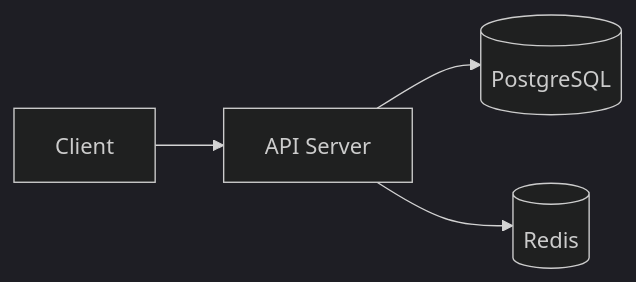
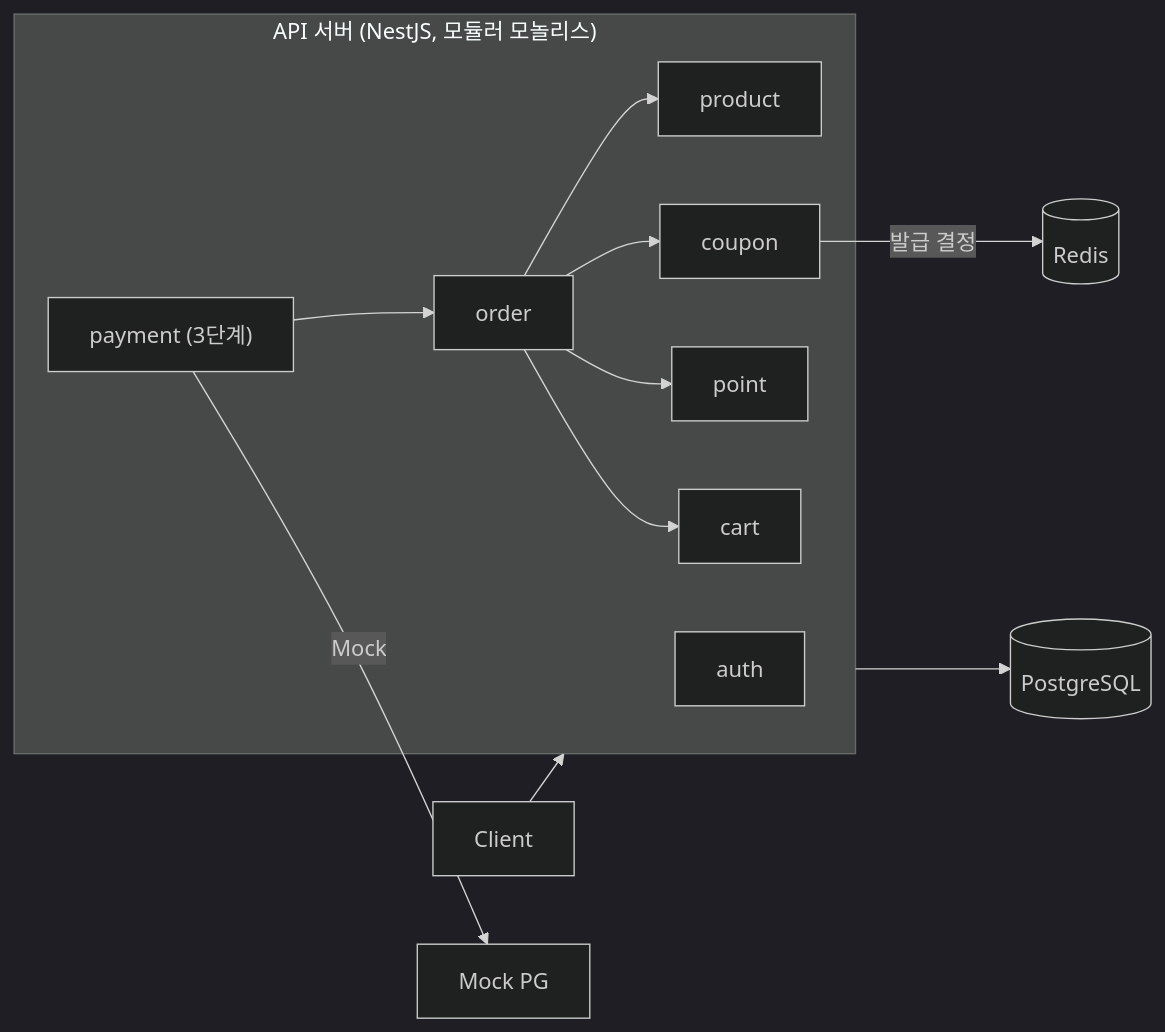
Before and after one commit to KAPUIST/flash-gate: the diagram in README.md, drawn with Mermaid (dark theme). The commit also changed other lines of this file and 11 other files, not shown here.

First line of the commit message:
Confirm schema, user flow map, and architecture decisions (#1)

````diff
--- a/README.md
+++ b/README.md
@@ -35,6 +48,21 @@
 ```mermaid
 flowchart LR
-    Client --> API[API Server]
+    Client --> API
+    subgraph API["API 서버 (NestJS, 모듈러 모놀리스)"]
+        auth[auth]
+        coupon[coupon]
+        product[product]
+        cart[cart]
+        order[order]
+        point[point]
+        payment["payment (3단계)"]
+        order --> product
+        order --> coupon
+        order --> point
+        order --> cart
+        payment --> order
+    end
+    coupon -- "발급 결정" --> Redis[(Redis)]
     API --> DB[(PostgreSQL)]
-    API --> Cache[(Redis)]
+    payment -- "Mock" --> PG[Mock PG]
 ```
````
